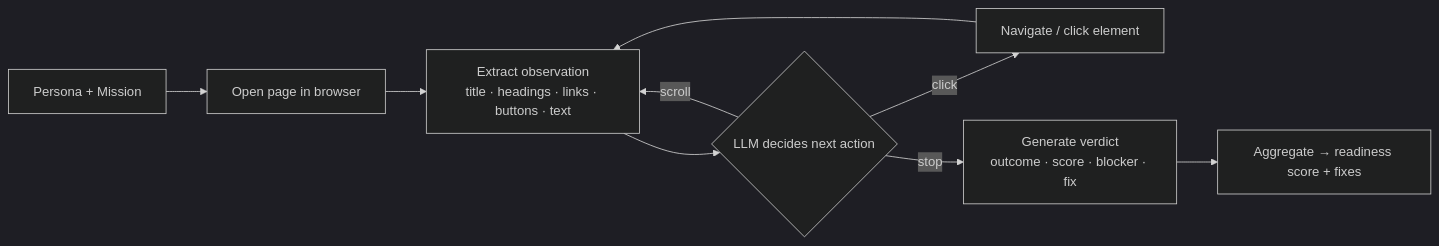
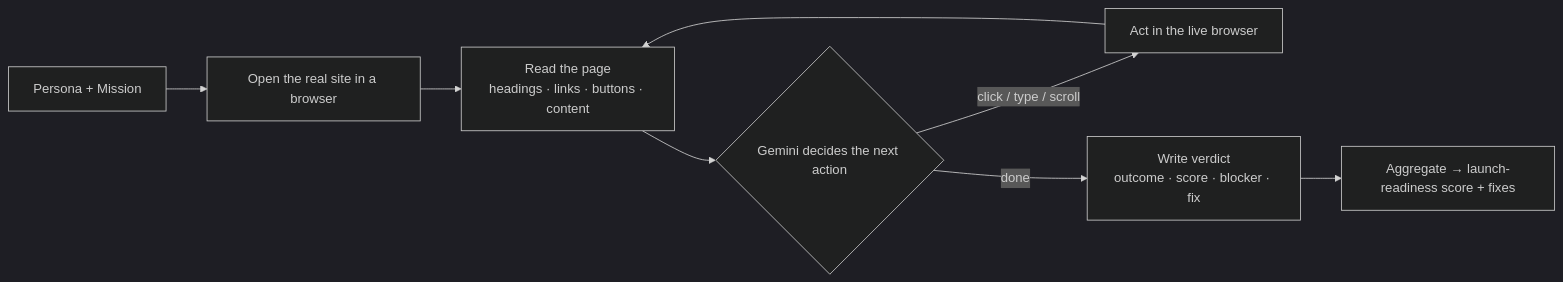
One commit to rajashekarcs2023/path-finder-0 changed the diagram in README.md. Above: the diagram before and after it, drawn with Mermaid (dark theme). The commit also changed other lines of this file, not shown here.

Commit message:
Update README for the live browser-use engine

````diff
--- a/README.md
+++ b/README.md
@@ -52,11 +77,10 @@
 ```mermaid
 flowchart LR
-    A[Persona + Mission] --> B[Open page in browser]
-    B --> C[Extract observation<br/>title · headings · links · buttons · text]
-    C --> D{LLM decides next action}
-    D -->|click| E[Navigate / click element]
-    D -->|scroll| C
+    A[Persona + Mission] --> B[Open the real site in a browser]
+    B --> C[Read the page<br/>headings · links · buttons · content]
+    C --> D{Gemini decides the next action}
+    D -->|click / type / scroll| E[Act in the live browser]
     E --> C
-    D -->|stop| F[Generate verdict<br/>outcome · score · blocker · fix]
-    F --> G[Aggregate → readiness score + fixes]
+    D -->|done| F[Write verdict<br/>outcome · score · blocker · fix]
+    F --> G[Aggregate → launch-readiness score + fixes]
 ```
````
